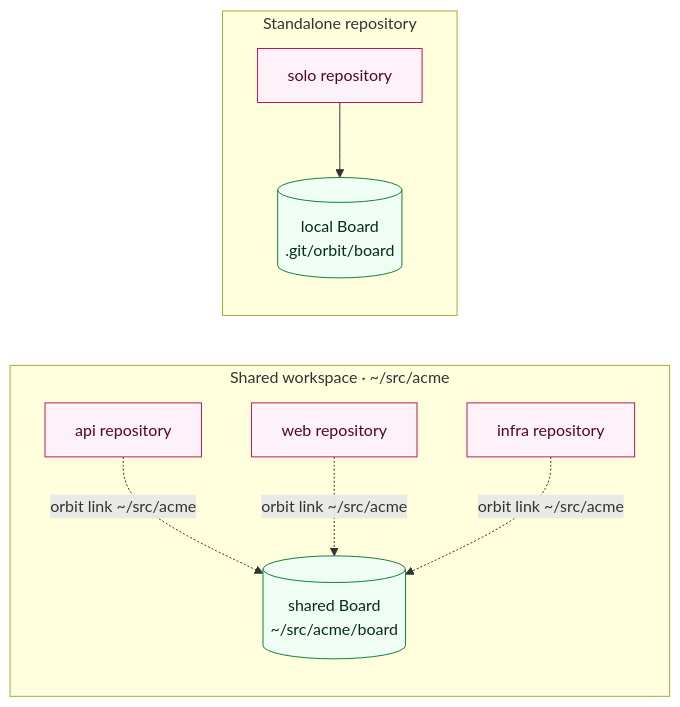
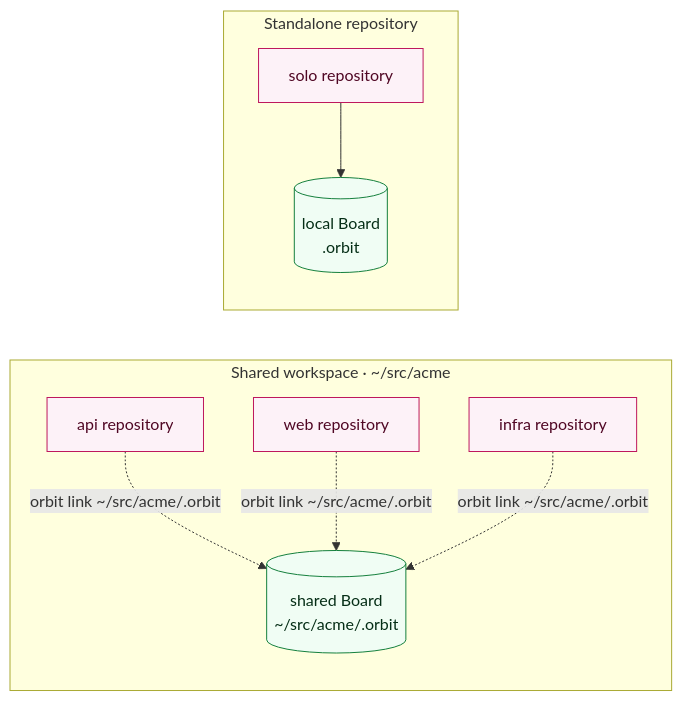
Before and after one commit to rcmendes/orbit: the sixth of 6 diagrams in README.md, drawn with Mermaid. The commit also changed other lines of this file and 12 other files, not shown here.

````diff
--- a/README.md
+++ b/README.md
@@ -549,24 +552,24 @@
 ```mermaid
 flowchart LR
     subgraph Workspace["Shared workspace · ~/src/acme"]
-        BOARD[("shared Board<br/>~/src/acme/board")]
+        BOARD[("shared Board<br/>~/src/acme/.orbit")]
         API["api repository"]
         WEB["web repository"]
         INFRA["infra repository"]
     end
 
     subgraph Standalone["Standalone repository"]
         SOLO["solo repository"]
-        LOCAL[("local Board<br/>.git/orbit/board")]
+        LOCAL[("local Board<br/>.orbit")]
     end
 
-    API -.->|orbit link ~/src/acme| BOARD
-    WEB -.->|orbit link ~/src/acme| BOARD
-    INFRA -.->|orbit link ~/src/acme| BOARD
+    API -.->|orbit link ~/src/acme/.orbit| BOARD
+    WEB -.->|orbit link ~/src/acme/.orbit| BOARD
+    INFRA -.->|orbit link ~/src/acme/.orbit| BOARD
     SOLO --> LOCAL
 
     classDef board fill:#f0fdf4,stroke:#15803d,color:#052e16
     classDef repo fill:#fdf2f8,stroke:#be185d,color:#500724
     class BOARD,LOCAL board
     class API,WEB,INFRA,SOLO repo
 ```
````
